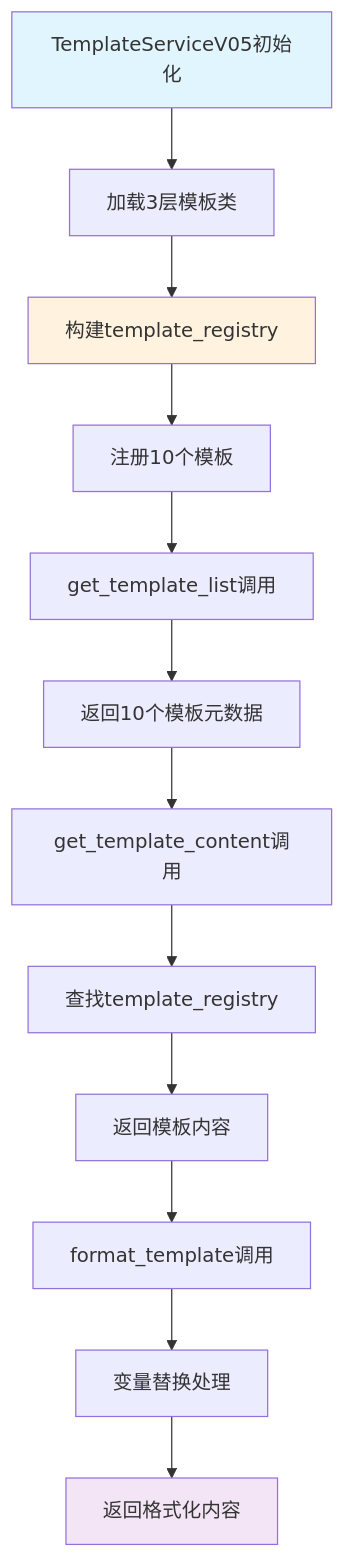
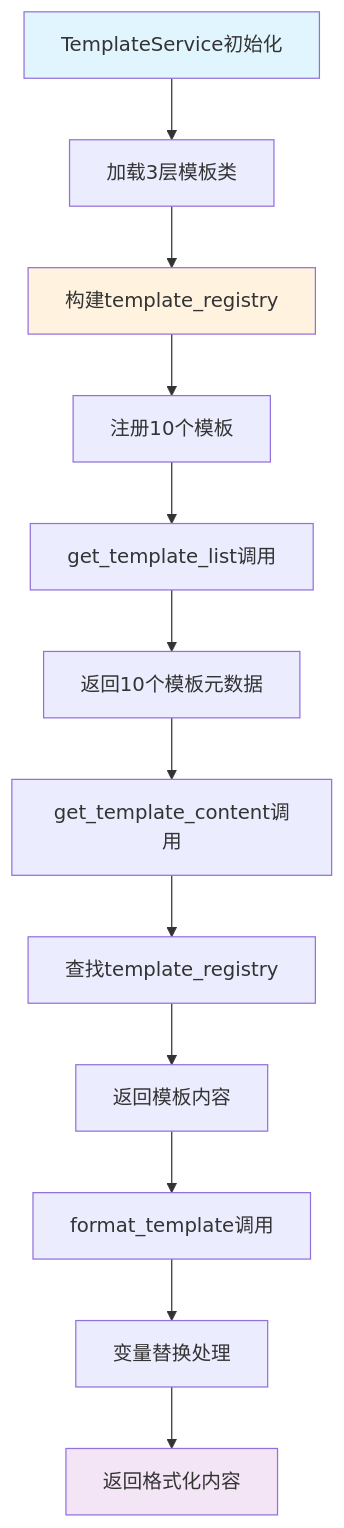
The first of 2 diagrams in docs/files/summaries/src/templates/document_templates.py.md (MGX-LJY/CodeLens), drawn with Mermaid before and after one commit. The commit also changed other lines of this file and 10 other files, not shown here.

````diff
--- a/docs/files/summaries/src/templates/document_templates.py.md
+++ b/docs/files/summaries/src/templates/document_templates.py.md
@@ -83,21 +82,21 @@
 ```mermaid
 graph TD
-    A[TemplateServiceV05初始化] --> B[加载3层模板类]
+    A[TemplateService初始化] --> B[加载3层模板类]
     B --> C[构建template_registry]
     C --> D[注册10个模板]
     
     D --> E[get_template_list调用]
     E --> F[返回10个模板元数据]
     
     F --> G[get_template_content调用]
     G --> H[查找template_registry]
     H --> I[返回模板内容]
     
     I --> J[format_template调用]
     J --> K[变量替换处理]
     K --> L[返回格式化内容]
     
     style A fill:#e1f5fe
     style C fill:#fff3e0
     style L fill:#f3e5f5
 ```
````
